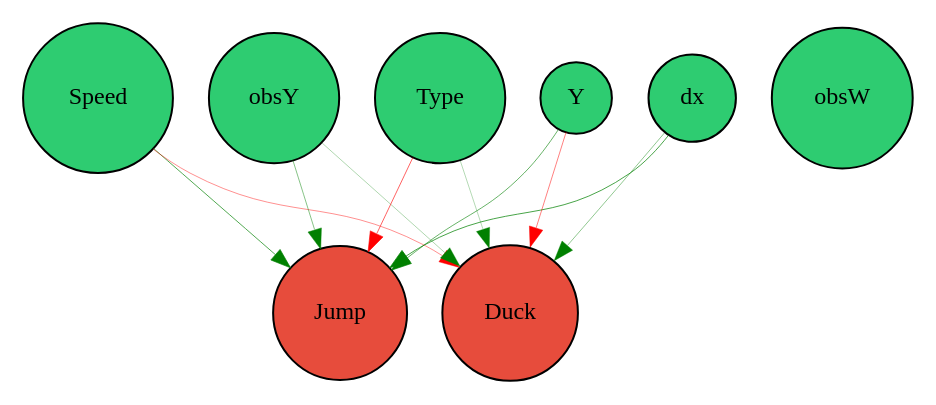
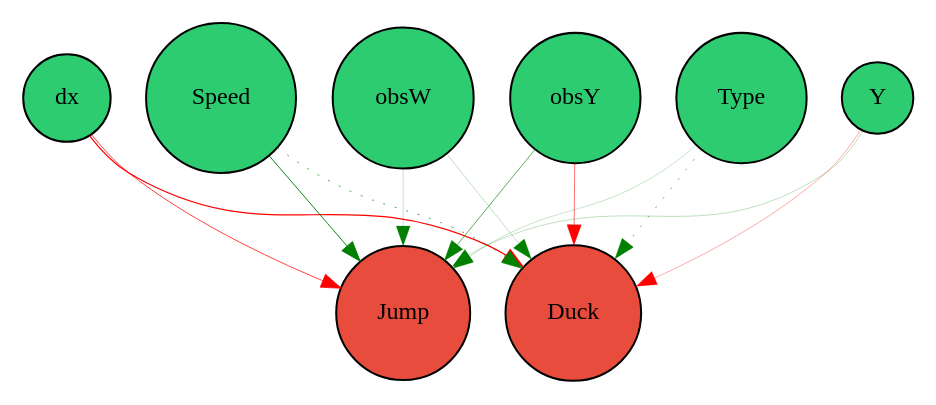
The diagram in network.gv (QQderLP/neat-chrome-dinosaur), drawn with Graphviz before and after one commit. The commit also changed 4 other files, not shown here.

```diff
--- a/network.gv
+++ b/network.gv
@@ -1,21 +1,23 @@
 digraph {
 	node [fontsize=12 height=0.2 shape=circle style=filled width=0.2]
 	dx [fillcolor="#2ecc71"]
 	Speed [fillcolor="#2ecc71"]
 	obsW [fillcolor="#2ecc71"]
 	obsY [fillcolor="#2ecc71"]
 	Type [fillcolor="#2ecc71"]
 	Y [fillcolor="#2ecc71"]
 	Jump [fillcolor="#e74c3c"]
 	Duck [fillcolor="#e74c3c"]
-	Y -> Jump [color=green penwidth=0.29862236671725906 style=solid]
-	Y -> Duck [color=red penwidth=0.24770961516710416 style=solid]
-	dx -> Jump [color=green penwidth=0.35949545143534556 style=solid]
-	dx -> Duck [color=green penwidth=0.2191646357905367 style=solid]
-	Type -> Jump [color=red penwidth=0.3062187417520251 style=solid]
-	Type -> Duck [color=green penwidth=0.15362280391513256 style=solid]
-	obsY -> Jump [color=green penwidth=0.23866233931448674 style=solid]
-	obsY -> Duck [color=green penwidth=0.15773270225235372 style=solid]
-	Speed -> Jump [color=green penwidth=0.33952146009273454 style=solid]
-	Speed -> Duck [color=red penwidth=0.21761691558076016 style=solid]
+	Y -> Jump [color=green penwidth=0.13214666527150848 style=solid]
+	Y -> Duck [color=red penwidth=0.16685438508877348 style=solid]
+	dx -> Jump [color=red penwidth=0.3698030603411251 style=solid]
+	dx -> Duck [color=red penwidth=0.5760850824232312 style=solid]
+	Type -> Jump [color=green penwidth=0.10618048735717904 style=solid]
+	Type -> Duck [color=green penwidth=0.2881995892432323 style=dotted]
+	obsY -> Jump [color=green penwidth=0.3222974113968404 style=solid]
+	obsY -> Duck [color=red penwidth=0.2802879699939811 style=solid]
+	obsW -> Jump [color=green penwidth=0.10604228637248679 style=solid]
+	obsW -> Duck [color=green penwidth=0.13327165022104615 style=solid]
+	Speed -> Jump [color=green penwidth=0.46825542699549316 style=solid]
+	Speed -> Duck [color=green penwidth=0.3457649294382612 style=dotted]
 }
```
